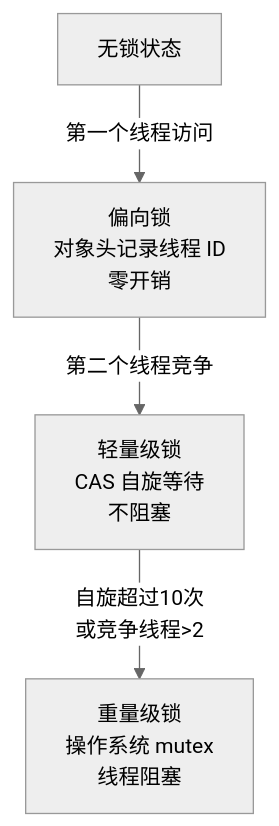
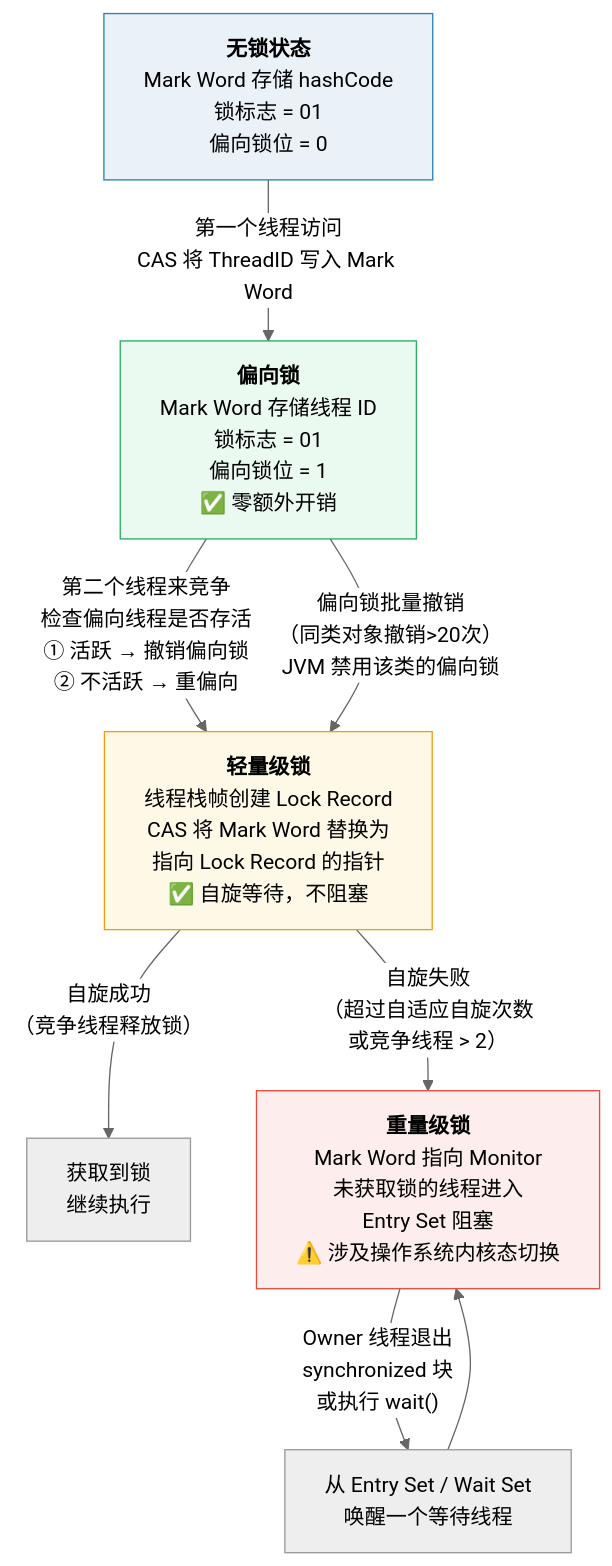
The third of 7 diagrams in src/java-basic/concurrency.md (coolzhul/java-fullstack-knowledge), drawn with Mermaid (neutral theme) before and after one commit. The commit also changed other lines of this file and 5 other files, not shown here.

````diff
--- a/src/java-basic/concurrency.md
+++ b/src/java-basic/concurrency.md
@@ -111,6 +154,21 @@
 ```mermaid
 graph TD
-    A["无锁状态"] -->|"第一个线程访问"| B["偏向锁<br/>对象头记录线程 ID<br/>零开销"]
-    B -->|"第二个线程竞争"| C["轻量级锁<br/>CAS 自旋等待<br/>不阻塞"]
-    C -->|"自旋超过10次<br/>或竞争线程>2"| D["重量级锁<br/>操作系统 mutex<br/>线程阻塞"]
+    A["<b>无锁状态</b><br/>Mark Word 存储 hashCode<br/>锁标志 = 01<br/>偏向锁位 = 0"] -->|"第一个线程访问<br/>CAS 将 ThreadID 写入 Mark Word"| B["<b>偏向锁</b><br/>Mark Word 存储线程 ID<br/>锁标志 = 01<br/>偏向锁位 = 1<br/>✅ 零额外开销"]
+    
+    B -->|"第二个线程来竞争<br/>检查偏向线程是否存活<br/>① 活跃 → 撤销偏向锁<br/>② 不活跃 → 重偏向"| C["<b>轻量级锁</b><br/>线程栈帧创建 Lock Record<br/>CAS 将 Mark Word 替换为<br/>指向 Lock Record 的指针<br/>✅ 自旋等待，不阻塞"]
+    
+    B -->|"偏向锁批量撤销<br/>（同类对象撤销>20次）<br/>JVM 禁用该类的偏向锁"| C
+    
+    C -->|"自旋成功<br/>（竞争线程释放锁）"| D["获取到锁<br/>继续执行"]
+    
+    C -->|"自旋失败<br/>（超过自适应自旋次数<br/>或竞争线程 > 2）"| E["<b>重量级锁</b><br/>Mark Word 指向 Monitor<br/>未获取锁的线程进入<br/>Entry Set 阻塞<br/>⚠️ 涉及操作系统内核态切换"]
+    
+    E -->|"Owner 线程退出<br/>synchronized 块<br/>或执行 wait()"| F["从 Entry Set / Wait Set<br/>唤醒一个等待线程"]
+    
+    F --> E
+
+    style A fill:#eaf2f8,stroke:#2980b9
+    style B fill:#eafaf1,stroke:#27ae60
+    style C fill:#fef9e7,stroke:#f39c12
+    style E fill:#fdedec,stroke:#e74c3c
 ```
````
